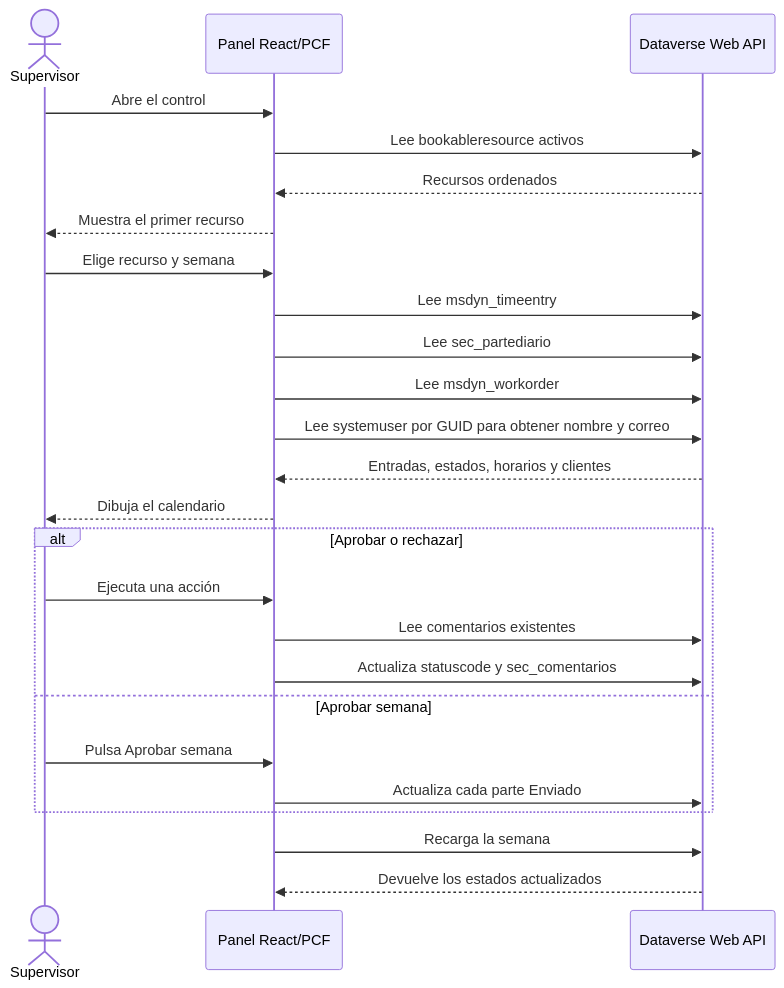
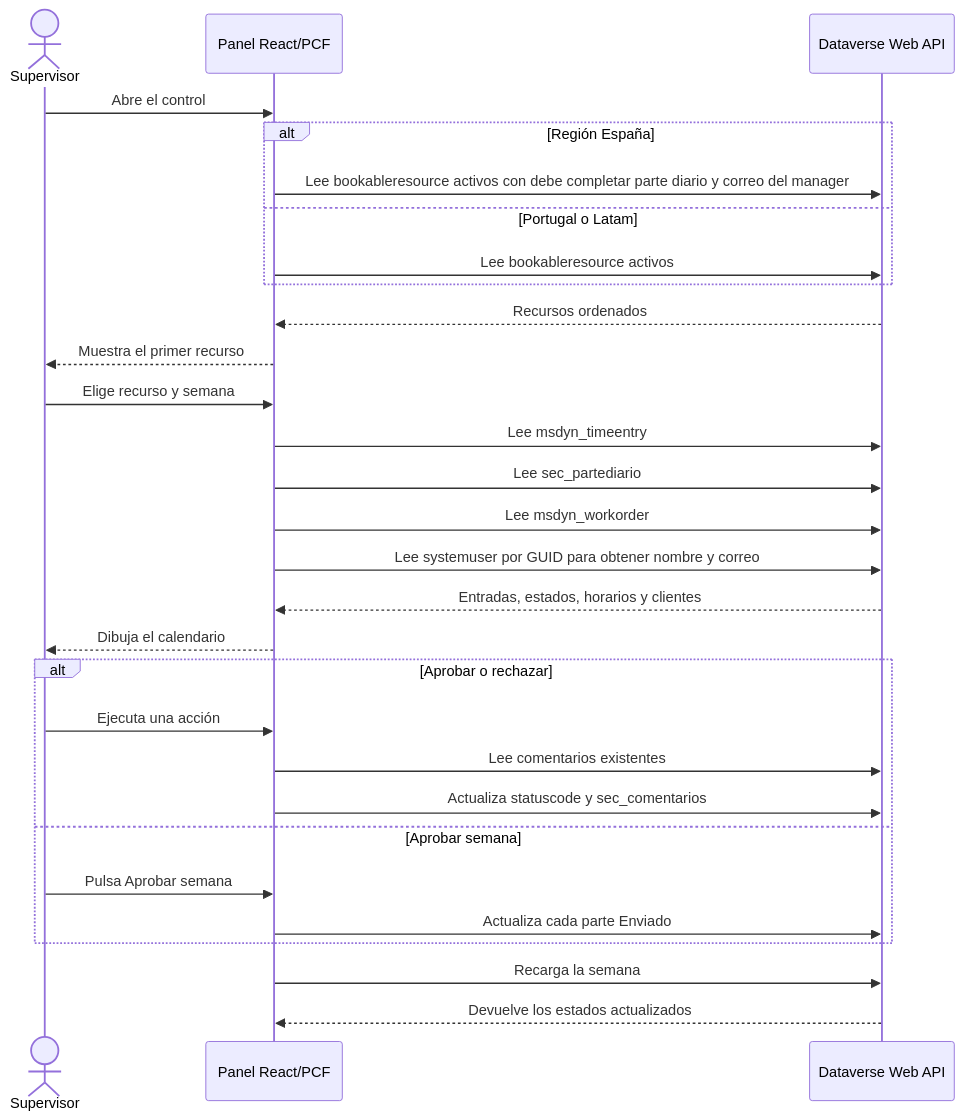
The third of 7 diagrams in README.md (danielcarelli-lgtm/AprobacionControlHorarioPCF), drawn with Mermaid before and after one commit. The commit also changed other lines of this file and 3 other files, not shown here.

```diff
--- a/README.md
+++ b/README.md
@@ -78,31 +78,35 @@
 ~~~mermaid
 sequenceDiagram
     actor Supervisor
     participant PCF as Panel React/PCF
     participant API as Dataverse Web API
 
     Supervisor->>PCF: Abre el control
-    PCF->>API: Lee bookableresource activos
+    alt Región España
+        PCF->>API: Lee bookableresource activos con debe completar parte diario y correo del manager
+    else Portugal o Latam
+        PCF->>API: Lee bookableresource activos
+    end
     API-->>PCF: Recursos ordenados
     PCF-->>Supervisor: Muestra el primer recurso
 
     Supervisor->>PCF: Elige recurso y semana
     PCF->>API: Lee msdyn_timeentry
     PCF->>API: Lee sec_partediario
     PCF->>API: Lee msdyn_workorder
     PCF->>API: Lee systemuser por GUID para obtener nombre y correo
     API-->>PCF: Entradas, estados, horarios y clientes
     PCF-->>Supervisor: Dibuja el calendario
 
     alt Aprobar o rechazar
         Supervisor->>PCF: Ejecuta una acción
         PCF->>API: Lee comentarios existentes
         PCF->>API: Actualiza statuscode y sec_comentarios
     else Aprobar semana
         Supervisor->>PCF: Pulsa Aprobar semana
         PCF->>API: Actualiza cada parte Enviado
     end
 
     PCF->>API: Recarga la semana
     API-->>PCF: Devuelve los estados actualizados
 ~~~
```
